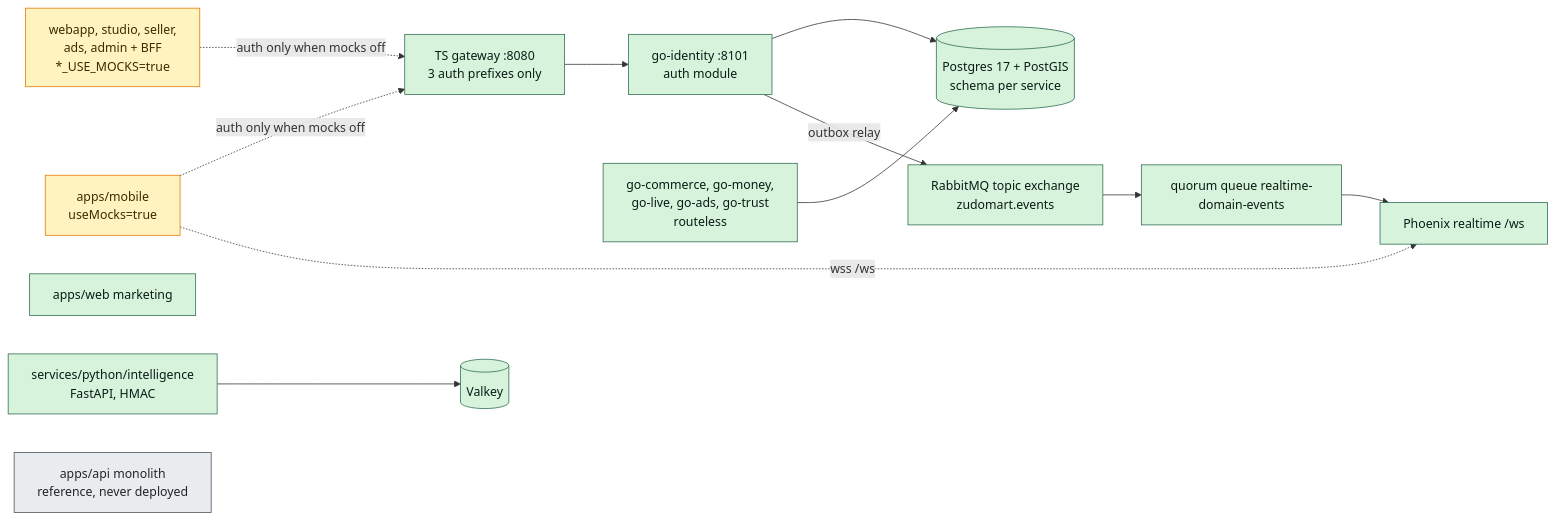
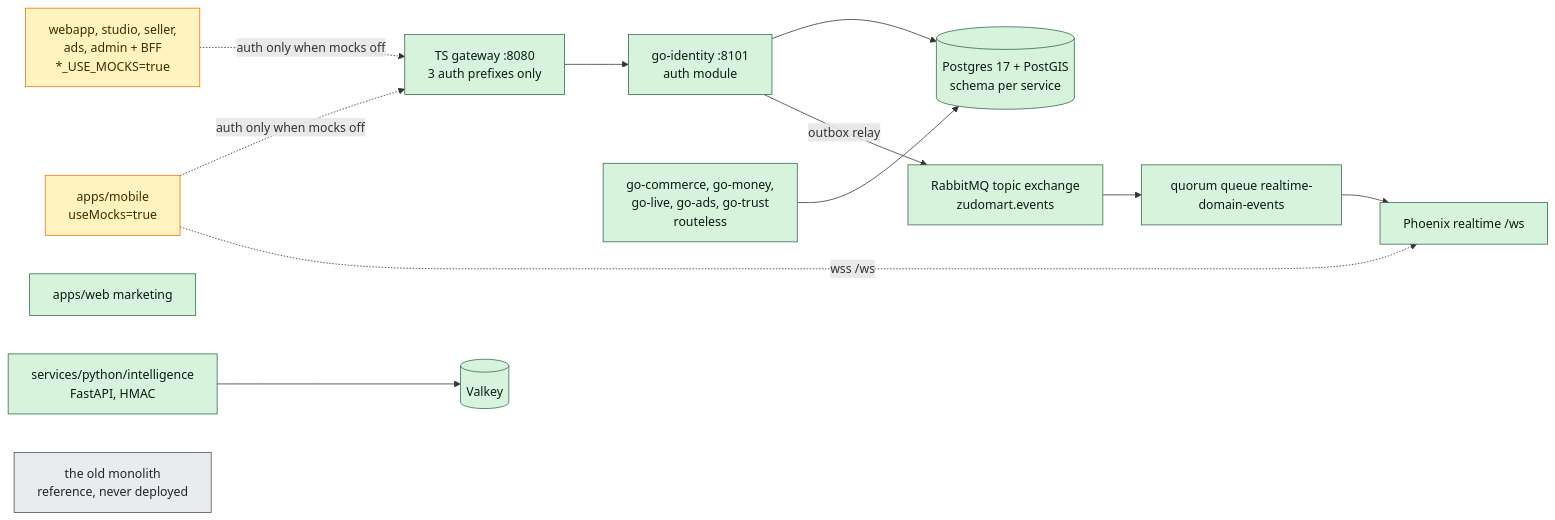
The first of 4 diagrams in docs/architecture/system.md (telente-technologies/nantty), drawn with Mermaid before and after one commit. The commit also changed other lines of this file and 27 other files, not shown here.

Commit message:
docs: update architecture, database, plans, verification and integrations docs

````diff
--- a/docs/architecture/system.md
+++ b/docs/architecture/system.md
@@ -9,30 +9,30 @@
 ```mermaid
 flowchart LR
   classDef existing fill:#d8f3dc,stroke:#2d6a4f,color:#081c15
   classDef mock fill:#fff3bf,stroke:#e67700,color:#3d2c00
   classDef ref fill:#e9ecef,stroke:#495057,color:#212529
 
   mobile["apps/mobile<br/>useMocks=true"]:::mock
   nextApps["webapp, studio, seller,<br/>ads, admin + BFF<br/>*_USE_MOCKS=true"]:::mock
   web["apps/web marketing"]:::existing
   gateway["TS gateway :8080<br/>3 auth prefixes only"]:::existing
   identity["go-identity :8101<br/>auth module"]:::existing
   otherGo["go-commerce, go-money,<br/>go-live, go-ads, go-trust<br/>routeless"]:::existing
   realtime["Phoenix realtime /ws"]:::existing
   intel["services/python/intelligence<br/>FastAPI, HMAC"]:::existing
   pg[("Postgres 17 + PostGIS<br/>schema per service")]:::existing
   valkey[("Valkey")]:::existing
   bus["RabbitMQ topic exchange<br/>zudomart.events"]:::existing
   qRealtime["quorum queue realtime-domain-events"]:::existing
-  legacy["apps/api monolith<br/>reference, never deployed"]:::ref
+  legacy["the old monolith<br/>reference, never deployed"]:::ref
 
   nextApps -. "auth only when mocks off" .-> gateway
   mobile -. "auth only when mocks off" .-> gateway
   gateway --> identity
   identity --> pg
   identity -- "outbox relay" --> bus
   bus --> qRealtime --> realtime
   mobile -. "wss /ws" .-> realtime
   intel --> valkey
   otherGo --> pg
 ```
````
